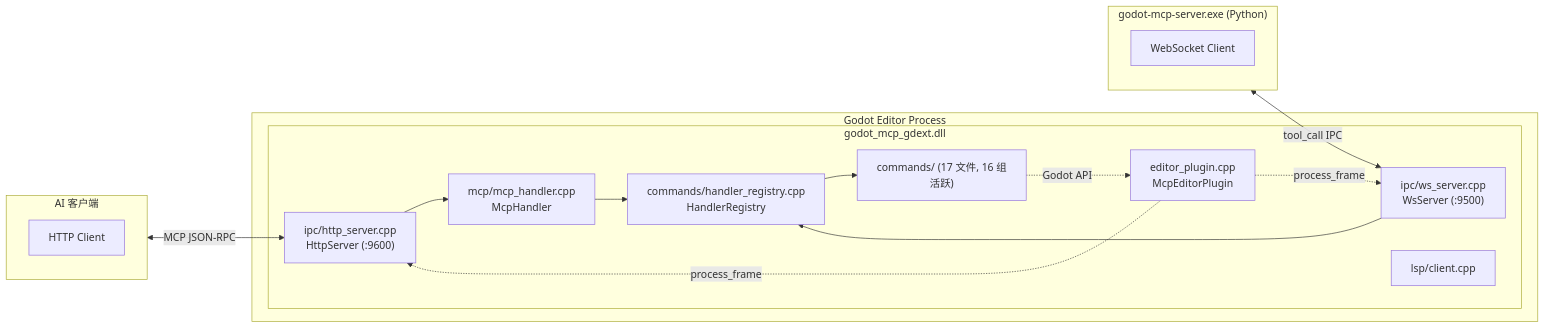
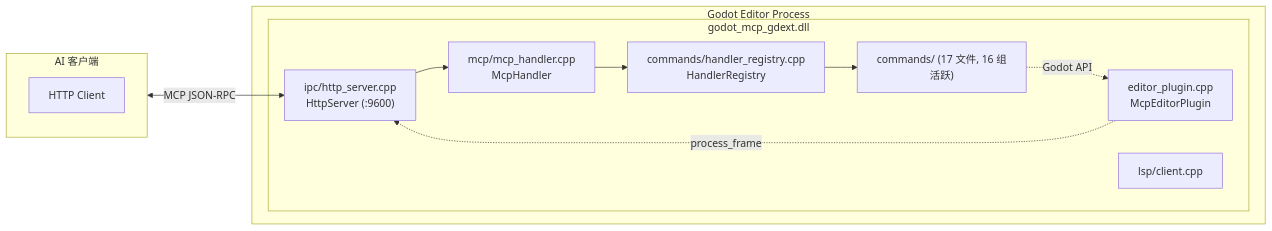
Before and after one commit to jesspig/GodotMCP-GDExtension: the diagram in .repo_wiki/extensions/gdext.md, drawn with Mermaid. The commit also changed other lines of this file and 24 other files, not shown here.

````diff
--- a/.repo_wiki/extensions/gdext.md
+++ b/.repo_wiki/extensions/gdext.md
@@ -5,32 +5,24 @@
 ```mermaid
 flowchart LR
     subgraph Godot["Godot Editor Process"]
         subgraph DLL["godot_mcp_gdext.dll"]
             EP["editor_plugin.cpp<br/>McpEditorPlugin"]
-            WS["ipc/ws_server.cpp<br/>WsServer (:9500)"]
             HTTP["ipc/http_server.cpp<br/>HttpServer (:9600)"]
             MCP["mcp/mcp_handler.cpp<br/>McpHandler"]
             REG["commands/handler_registry.cpp<br/>HandlerRegistry"]
             CMDS["commands/ (17 文件, 16 组活跃)"]
             LSP["lsp/client.cpp"]
         end
     end
     
-    subgraph Server["godot-mcp-server.exe (Python)"]
-        WSCL["WebSocket Client"]
-    end
-    
     subgraph AIClient["AI 客户端"]
         HTTPCL["HTTP Client"]
     end
     
-    Server <-->|tool_call IPC| WS
     AIClient <-->|MCP JSON-RPC| HTTP
     HTTP --> MCP
     MCP --> REG
-    WS --> REG
     REG --> CMDS
     CMDS -.->|Godot API| EP
-    EP -.->|process_frame| WS
     EP -.->|process_frame| HTTP
 ```
````
